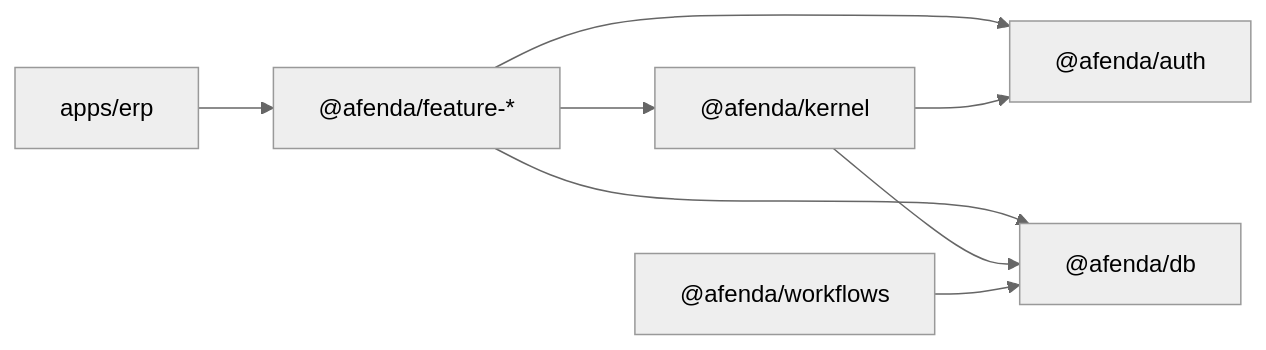
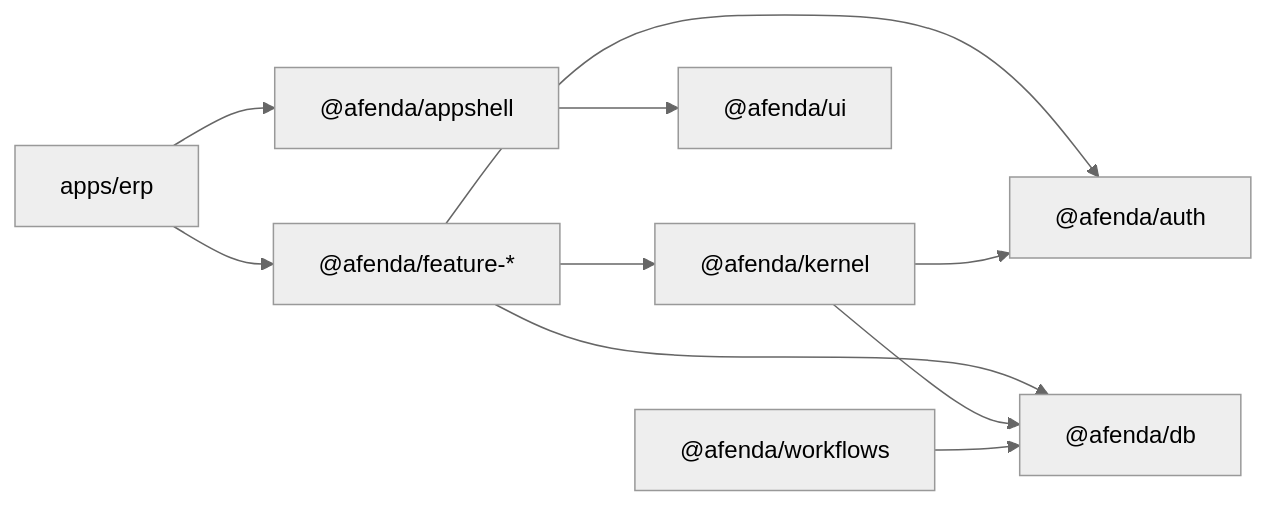
One commit to pohlai88/afenda-erp changed the diagram in docs/architecture/002-erp-kernel-package-architecture.md. Above: the diagram before and after it, drawn with Mermaid (neutral theme). The commit also changed other lines of this file and 178 other files, not shown here.

````diff
--- a/docs/architecture/002-erp-kernel-package-architecture.md
+++ b/docs/architecture/002-erp-kernel-package-architecture.md
@@ -36,17 +37,21 @@
 ```mermaid
 flowchart LR
   App["apps/erp"]
+  AppShell["@afenda/appshell"]
   Feat["@afenda/feature-*"]
   Kern["@afenda/kernel"]
+  UI["@afenda/ui"]
   Auth["@afenda/auth"]
   DB["@afenda/db"]
   WF["@afenda/workflows"]
 
+  App --> AppShell
   App --> Feat
+  AppShell --> UI
   Feat --> Kern
   Feat --> DB
   Feat --> Auth
   Kern --> Auth
   Kern --> DB
   WF --> DB
 ```
````
